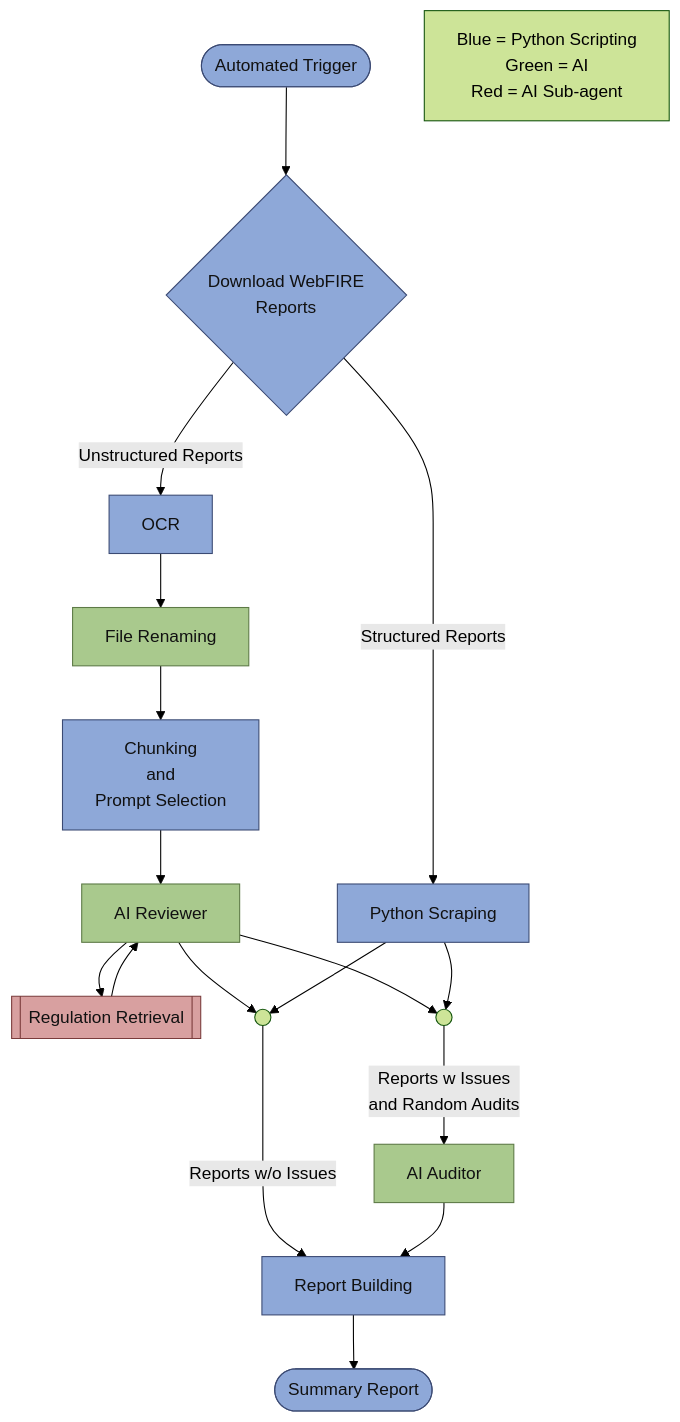
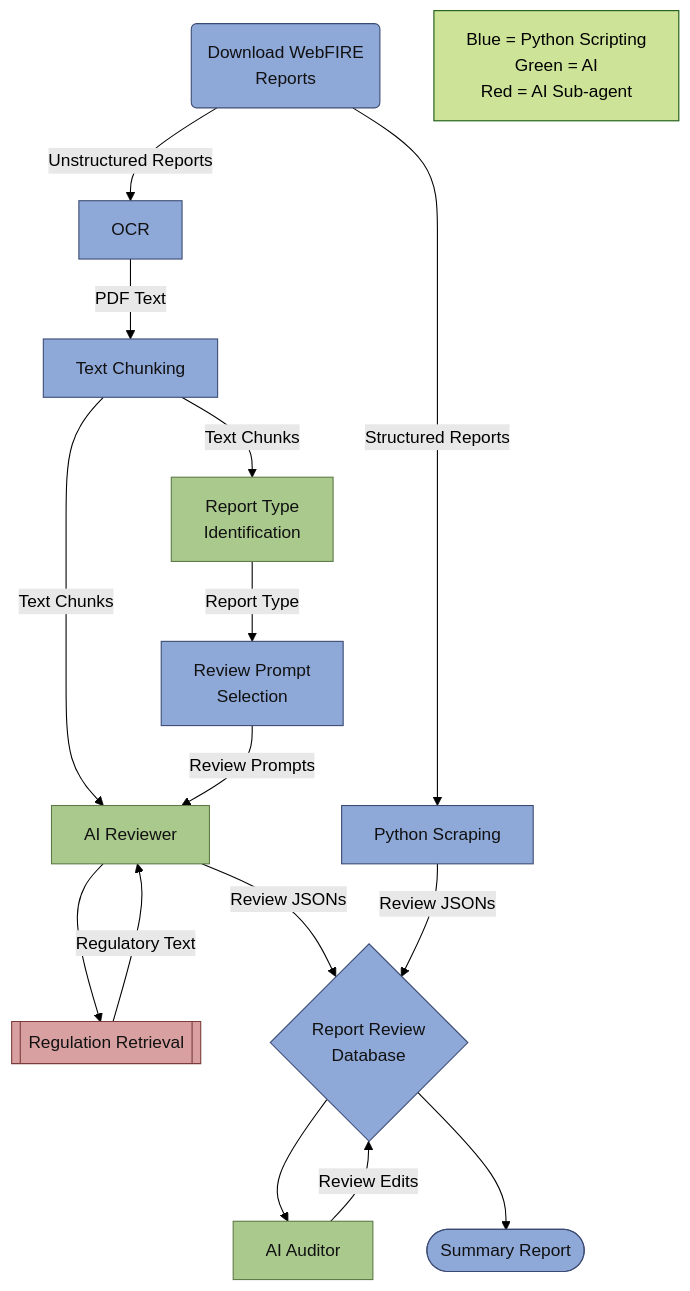
One commit to ChristopherAppier/WebFIRE_Review changed the diagram in docs/flow_charts/full_pipeline_chart.md. Above: the diagram before and after it, drawn with Mermaid (forest theme). The commit also changed 1 other file, not shown here.

Commit message:
Updated flow charts

````diff
--- a/docs/flow_charts/full_pipeline_chart.md
+++ b/docs/flow_charts/full_pipeline_chart.md
@@ -1,47 +1,44 @@
 ```mermaid
 flowchart TB
 
 	%% Defining the nodes and their labels
-	TGR([Automated Trigger])
-	RPR{Download WebFIRE<br/>Reports}
+	RDL(Download WebFIRE<br/>Reports)
 	OCR[OCR]
-	FRC[File Renaming]
-	CAP[Chunking<br/>and<br/>Prompt Selection]
+	RTI[Report Type<br/>Identification]
+	CHK[Text Chunking]
 	AIR["AI Reviewer"]
-	RAG[[Regulation Retrieval]]
-	JCT1(( ))
-	JCT2(( ))
+	REG[[Regulation Retrieval]]
+	PrS[Review Prompt<br/>Selection]
 	AIA[AI Auditor]
 	PS[Python Scraping]
-	SRB[Report Building]
-	RO([Summary Report])
+	RR{Report Review<br/>Database}
+	SR([Summary Report])
 	TEXT[Blue = Python Scripting<br/>Green = AI<br/>Red = AI Sub-agent]
 
 	%% Linking the nodes
-	TGR --> RPR
-	RPR -- Unstructured Reports --> OCR
-	OCR --> FRC
-	RPR -- Structured Reports --> PS
-	FRC --> CAP
-	CAP --> AIR
-	AIR --> RAG
-	RAG --> AIR
-	AIR --> JCT2
-	AIR --> JCT1
-	PS --> JCT1
-	JCT1 -- Reports w Issues<br/>and Random Audits --> AIA
-	PS --> JCT2
-	JCT2 -- Reports w/o Issues --> SRB
-	AIA --> SRB
-	SRB --> RO
+	RDL -- Unstructured Reports --> OCR
+	OCR -- PDF Text --> CHK
+	RDL -- Structured Reports --> PS
+	CHK -- Text Chunks --> RTI
+	CHK -- Text Chunks --> AIR
+	RTI -- Report Type --> PrS
+	PrS -- Review Prompts --> AIR
+	AIR --> REG
+	REG -- Regulatory Text--> AIR
+	AIR -- Review JSONs --> RR
+	PS -- Review JSONs --> RR
+	RR --> AIA
+	AIA -- Review Edits --> RR
+	RR --> SR
+
 
 	%% Create classes for the node colors
 	classDef blue fill:#8EA8D8,stroke:#3B4A73,color:#111,stroke-width:1px;
 	classDef green fill:#A9C98D,stroke:#5D7A46,color:#111,stroke-width:1px;
 	classDef red fill:#D8A0A0,stroke:#7A3B3B,color:#111,stroke-width:1px;
 
 	%% Assigning the nodes to their classes
-	class TGR,RPR,PS,CAP,SRB,RO,OCR blue;
-	class FRC,AIR,AIA green;
-	class RAG red;
+	class RDL,OCR,CHK,PS,RR,SR,PrS blue;
+	class RTI,AIR,AIA green;
+	class REG red;
 ```
````
